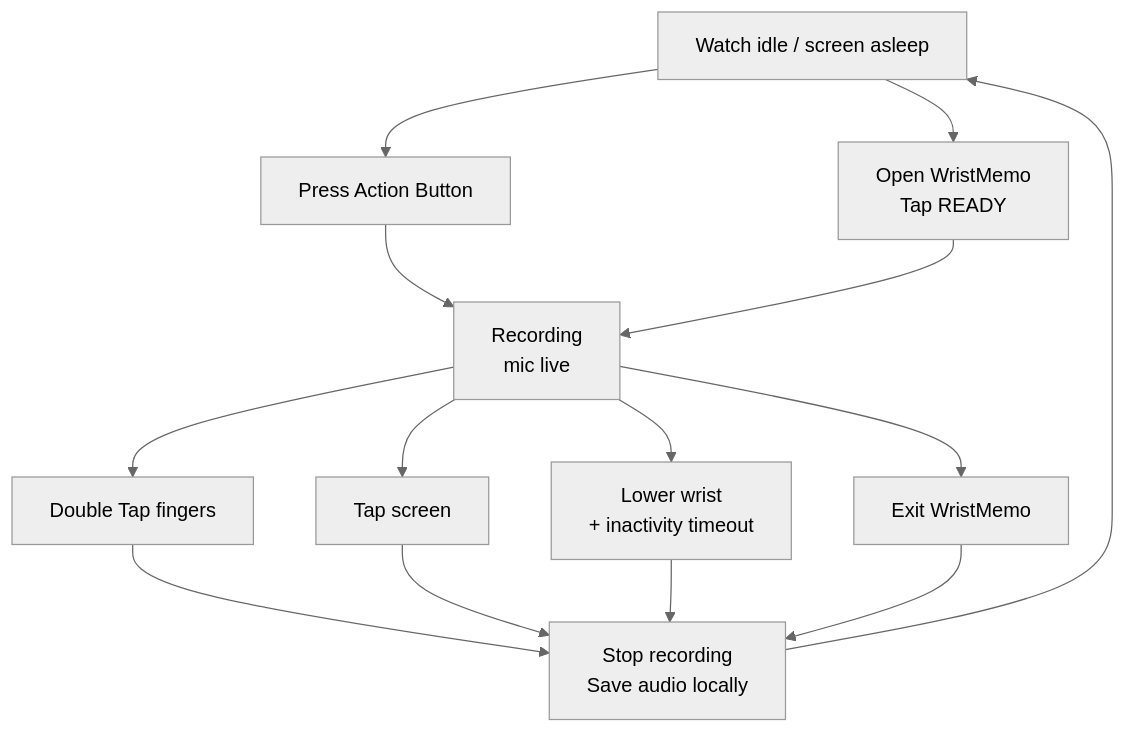
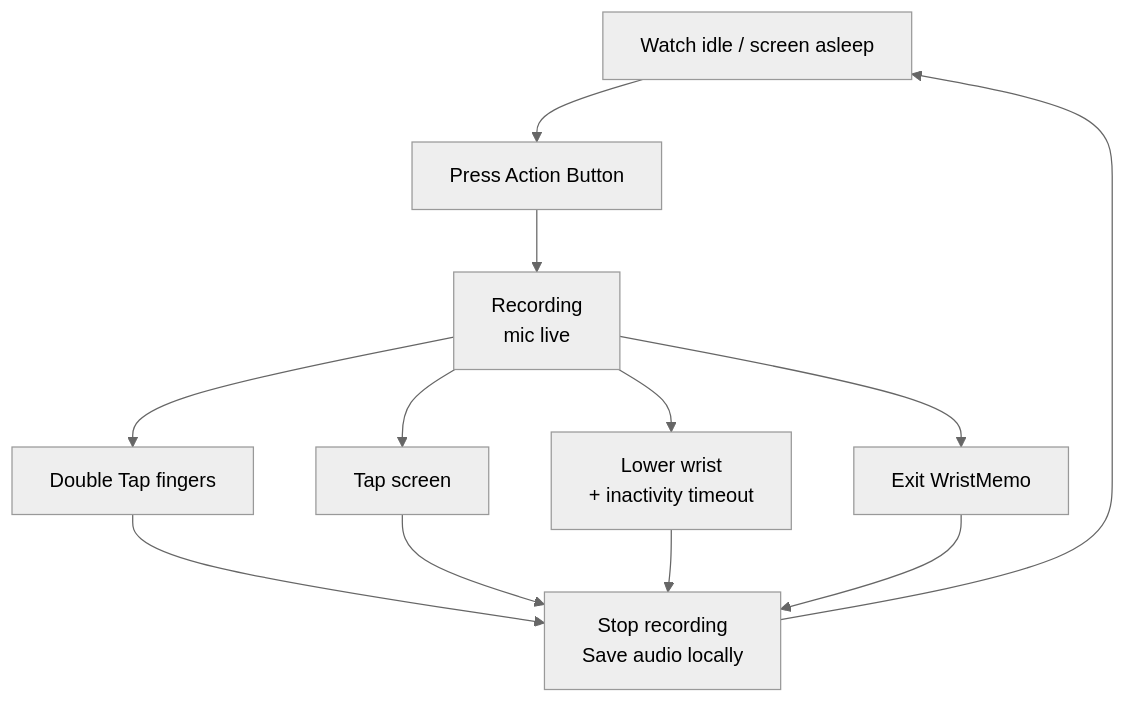
One commit to FrankLong1/watch-recorder changed the diagram in AGENTS.md. Above: the diagram before and after it, drawn with Mermaid (neutral theme). The commit also changed other lines of this file and 18 other files, not shown here.

````diff
--- a/AGENTS.md
+++ b/AGENTS.md
@@ -86,20 +87,18 @@
 ```mermaid
 flowchart TD
     idle["Watch idle / screen asleep"]
     action["Press Action Button"]
-    ready["Open WristMemo\nTap READY"]
     recording["Recording\nmic live"]
     doubletap["Double Tap fingers"]
     screen["Tap screen"]
     wristdown["Lower wrist\n+ inactivity timeout"]
     exit["Exit WristMemo"]
     saved["Stop recording\nSave audio locally"]
 
     idle --> action --> recording
-    idle --> ready --> recording
     recording --> doubletap --> saved
     recording --> screen --> saved
     recording --> wristdown --> saved
     recording --> exit --> saved
     saved --> idle
 ```
````
